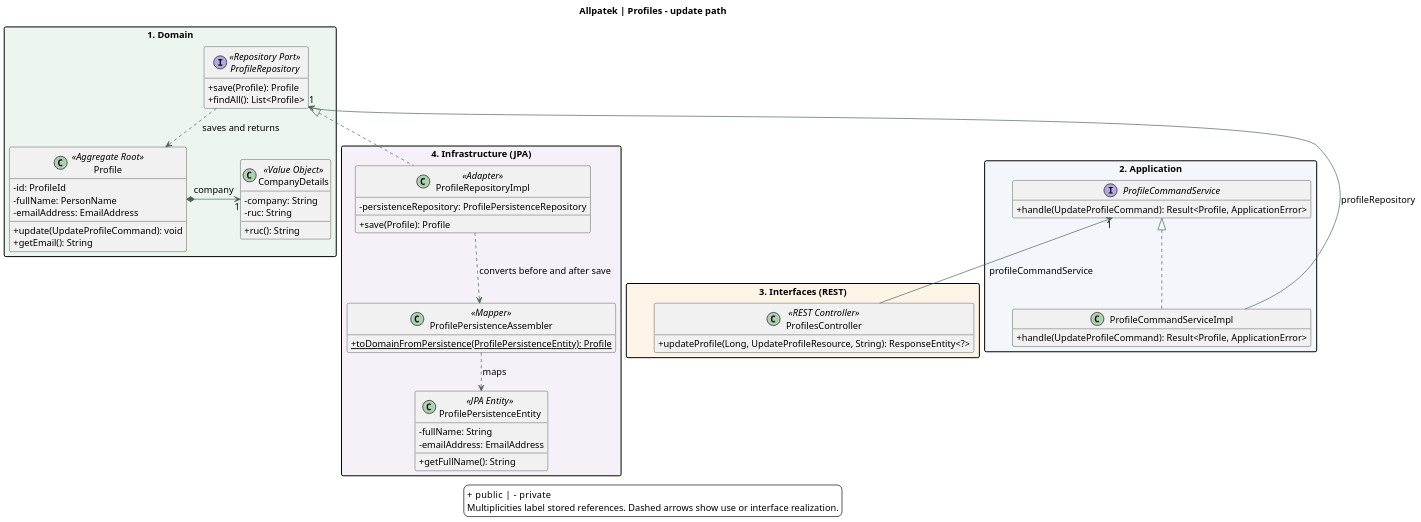
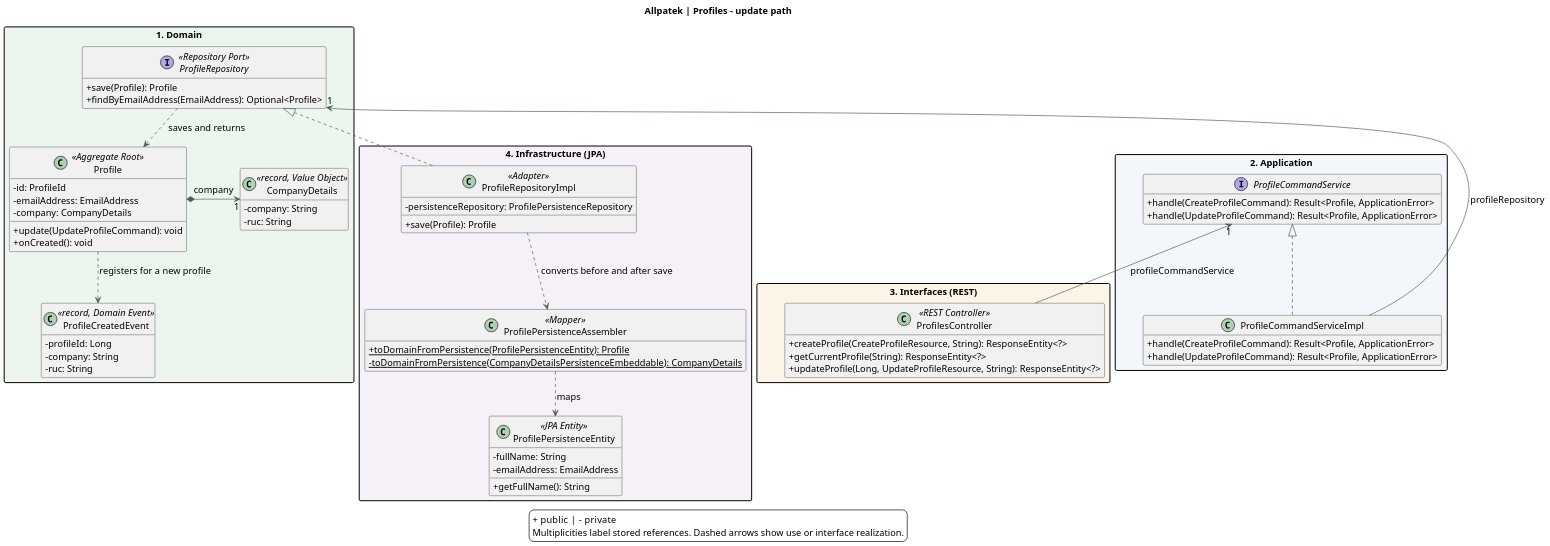
One commit to upc-pre-202620-1asi0729-7753-Terranova/allpatek-report changed the diagram in assets/chapter-04/architecture/08-classes-users.puml. Above: the diagram before and after it, drawn with PlantUML. The commit also changed 3 other files, not shown here.

Commit message:
docs(uml): model profile creation and the current account

```diff
--- a/assets/chapter-04/architecture/08-classes-users.puml
+++ b/assets/chapter-04/architecture/08-classes-users.puml
@@ -1,75 +1,85 @@
 @startuml
 !pragma layout smetana
 skinparam backgroundColor white
 skinparam defaultFontName SansSerif
 skinparam defaultFontSize 14
 skinparam shadowing false
 skinparam classAttributeIconSize 0
 skinparam ArrowColor #476050
 skinparam packageStyle rectangle
 skinparam dpi 140
 hide empty members
 top to bottom direction
 title Allpatek | Profiles - update path
 
 package "1. Domain" as Domain #ECF6EF {
+  class ProfileCreatedEvent <<record, Domain Event>> {
+    -profileId: Long
+    -company: String
+    -ruc: String
+  }
   class Profile <<Aggregate Root>> {
     -id: ProfileId
-    -fullName: PersonName
     -emailAddress: EmailAddress
+    -company: CompanyDetails
     +update(UpdateProfileCommand): void
-    +getEmail(): String
+    +onCreated(): void
   }
-  class CompanyDetails <<Value Object>> {
+  class CompanyDetails <<record, Value Object>> {
     -company: String
     -ruc: String
-    +ruc(): String
   }
   interface ProfileRepository <<Repository Port>> {
     +save(Profile): Profile
-    +findAll(): List<Profile>
+    +findByEmailAddress(EmailAddress): Optional<Profile>
   }
   Profile *-right-> "1" CompanyDetails : company
   ProfileRepository ..> Profile : saves and returns
 }
 package "2. Application" as Application #F3F6FA {
   interface ProfileCommandService {
+    +handle(CreateProfileCommand): Result<Profile, ApplicationError>
     +handle(UpdateProfileCommand): Result<Profile, ApplicationError>
   }
   class ProfileCommandServiceImpl {
+    +handle(CreateProfileCommand): Result<Profile, ApplicationError>
     +handle(UpdateProfileCommand): Result<Profile, ApplicationError>
   }
   ProfileCommandService <|.. ProfileCommandServiceImpl
 }
 package "3. Interfaces (REST)" as Interfaces #FDF4E8 {
   class ProfilesController <<REST Controller>> {
+    +createProfile(CreateProfileResource, String): ResponseEntity<?>
+    +getCurrentProfile(String): ResponseEntity<?>
     +updateProfile(Long, UpdateProfileResource, String): ResponseEntity<?>
   }
 }
 package "4. Infrastructure (JPA)" as Infrastructure #F6F1F8 {
   class ProfileRepositoryImpl <<Adapter>> {
     -persistenceRepository: ProfilePersistenceRepository
     +save(Profile): Profile
   }
   class ProfilePersistenceAssembler <<Mapper>> {
     {static} +toDomainFromPersistence(ProfilePersistenceEntity): Profile
+    {static} -toDomainFromPersistence(CompanyDetailsPersistenceEmbeddable): CompanyDetails
   }
   class ProfilePersistenceEntity <<JPA Entity>> {
     -fullName: String
     -emailAddress: EmailAddress
     +getFullName(): String
   }
   ProfileRepositoryImpl ..> ProfilePersistenceAssembler : converts before and after save
   ProfilePersistenceAssembler ..> ProfilePersistenceEntity : maps
 }
 ProfileRepository "1" <-- ProfileCommandServiceImpl : profileRepository
 ProfileRepository <|.. ProfileRepositoryImpl
 ProfileCommandService "1" <-- ProfilesController : profileCommandService
 Domain -[hidden]down-> Application
 Application -[hidden]down-> Interfaces
 
+Profile ..> ProfileCreatedEvent : registers for a new profile
 legend bottom
 + public  |  - private
 Multiplicities label stored references. Dashed arrows show use or interface realization.
 endlegend
 @enduml
```
